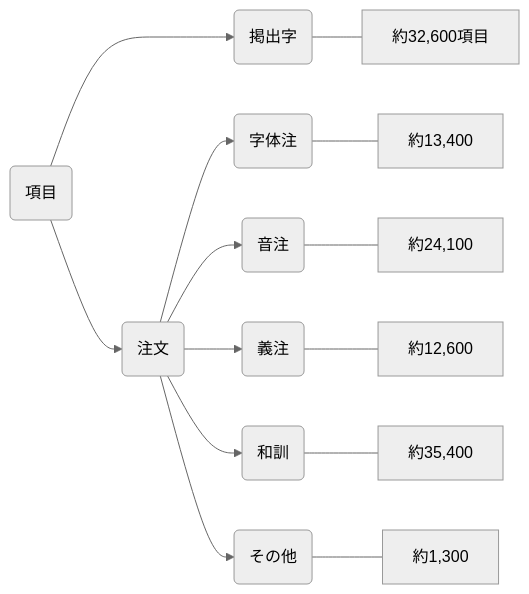
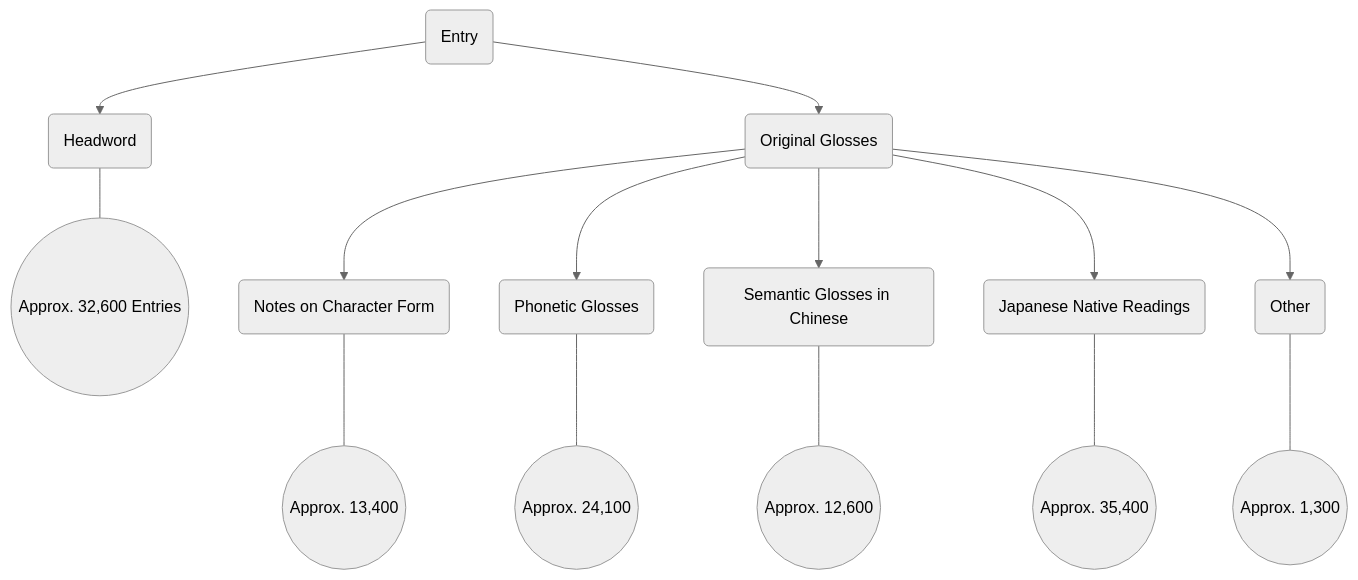
Before and after one commit to shikeda/shikeda.github.io: the diagram in content/docs/krm/05-annotation-policy/05-01-basic-policy.en.md, drawn with Mermaid (neutral theme). The commit also changed other lines of this file and 130 other files, not shown here.

```diff
--- a/content/docs/krm/05-annotation-policy/05-01-basic-policy.en.md
+++ b/content/docs/krm/05-annotation-policy/05-01-basic-policy.en.md
@@ -29,10 +24,16 @@
-{{< mermaid title="Item Structure" >}}
-graph LR
-    A(項目)--->B(掲出字)---I[約32,600項目]
-    A-->C(注文)
-    C-->D(字体注)---K[約13,400]
-    C-->E(音注)---L[約24,100]
-    C-->F(義注)---M[約12,600]
-    C-->G(和訓)---N[約35,400]
-    C-->H(その他)---O[約1,300]
+{{< mermaid title="Entry Structure" >}}
+graph TB
+    A(Entry) --> B(Headword);
+    B --- I(("Approx. 32,600 Entries"));
+    A --> C(Original Glosses);
+    C --> D(Notes on Character Form);
+    D --- K(("Approx. 13,400"));
+    C --> E(Phonetic Glosses);
+    E --- L(("Approx. 24,100"));
+    C --> F(Semantic Glosses in Chinese);
+    F --- M(("Approx. 12,600"));
+    C --> G(Japanese Native Readings);
+    G --- N(("Approx. 35,400"));
+    C --> H(Other);
+    H --- O(("Approx. 1,300"));
 {{< /mermaid >}}
```
